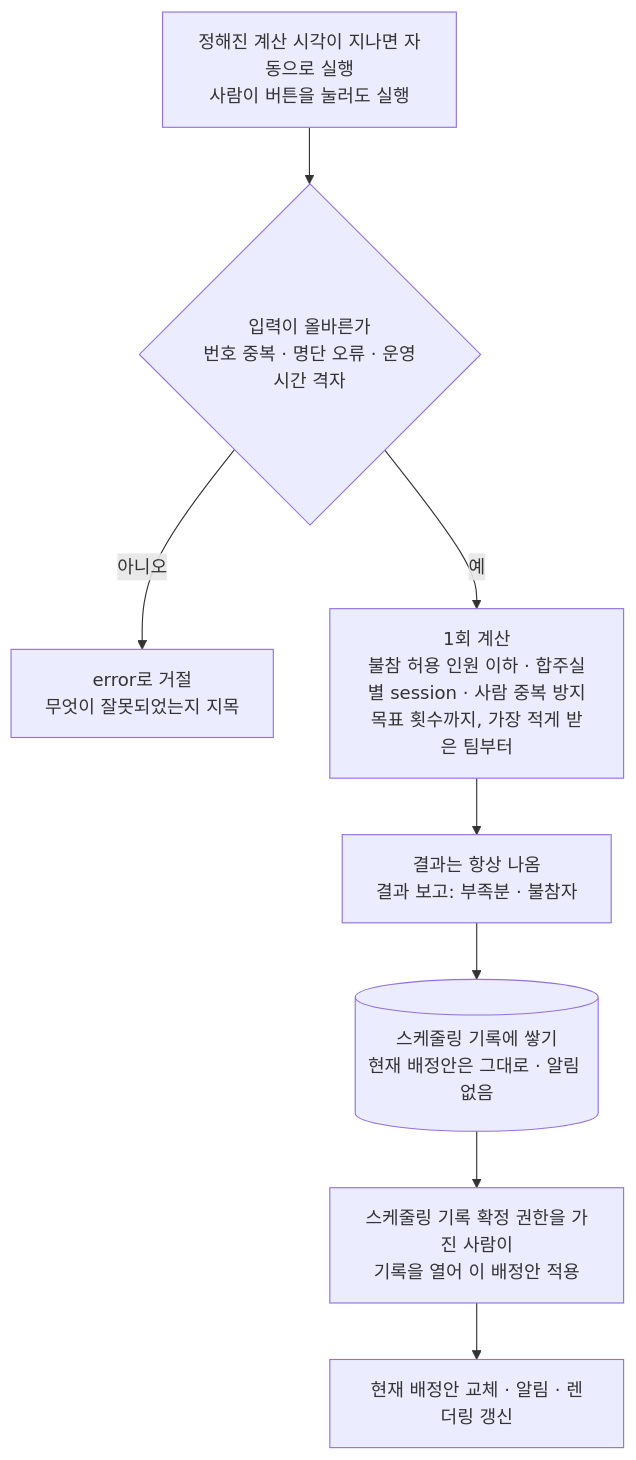
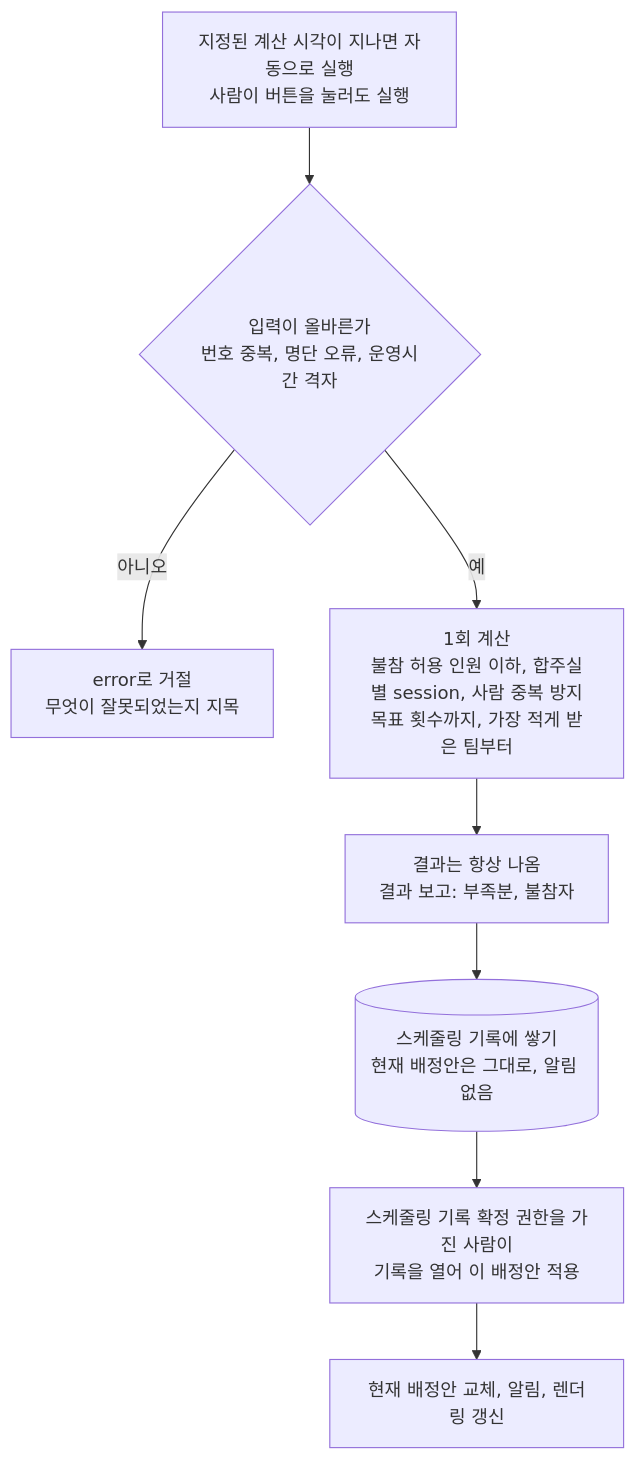
The first of 3 diagrams in .cluedoc/auto-assignment/auto-assignment.md (minkong-dev/Banblit), drawn with Mermaid before and after one commit. The commit also changed other lines of this file and 21 other files, not shown here.

````diff
--- a/.cluedoc/auto-assignment/auto-assignment.md
+++ b/.cluedoc/auto-assignment/auto-assignment.md
@@ -29,10 +28,10 @@
 ```mermaid
 flowchart TD
-    T[정해진 계산 시각이 지나면 자동으로 실행<br/>사람이 버튼을 눌러도 실행] --> V{입력이 올바른가<br/>번호 중복 · 명단 오류 · 운영시간 격자}
+    T[지정된 계산 시각이 지나면 자동으로 실행<br/>사람이 버튼을 눌러도 실행] --> V{입력이 올바른가<br/>번호 중복, 명단 오류, 운영시간 격자}
     V -->|아니오| E[error로 거절<br/>무엇이 잘못되었는지 지목]
-    V -->|예| S[1회 계산<br/>불참 허용 인원 이하 · 합주실별 session · 사람 중복 방지<br/>목표 횟수까지, 가장 적게 받은 팀부터]
-    S --> R[결과는 항상 나옴<br/>결과 보고: 부족분 · 불참자]
-    R --> B[(스케줄링 기록에 쌓기<br/>현재 배정안은 그대로 · 알림 없음)]
+    V -->|예| S[1회 계산<br/>불참 허용 인원 이하, 합주실별 session, 사람 중복 방지<br/>목표 횟수까지, 가장 적게 받은 팀부터]
+    S --> R[결과는 항상 나옴<br/>결과 보고: 부족분, 불참자]
+    R --> B[(스케줄링 기록에 쌓기<br/>현재 배정안은 그대로, 알림 없음)]
     B --> H[스케줄링 기록 확정 권한을 가진 사람이<br/>기록을 열어 이 배정안 적용]
-    H --> C[현재 배정안 교체 · 알림 · 렌더링 갱신]
+    H --> C[현재 배정안 교체, 알림, 렌더링 갱신]
 ```
````
